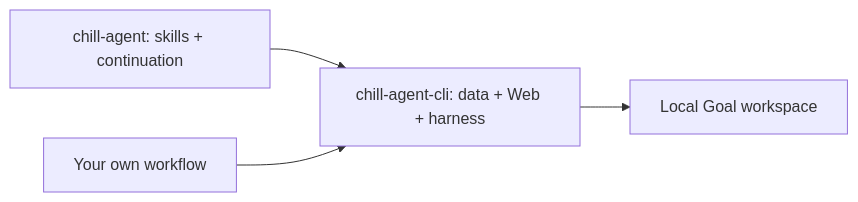
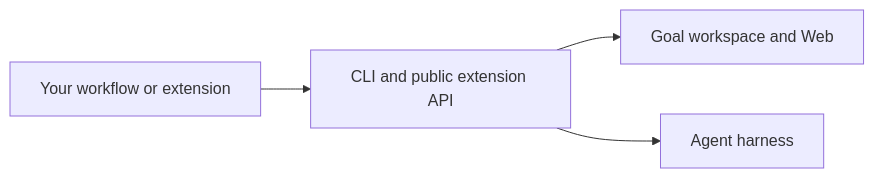
One commit to game-dev-rta-club/chill-agent-cli changed the diagram in README.md. Above: the diagram before and after it, drawn with Mermaid. The commit also changed other lines of this file and 1 other file, not shown here.

Commit message:
docs: make CLI README the integration entry point (#1)

````diff
--- a/README.md
+++ b/README.md
@@ -32,6 +18,6 @@
 ```mermaid
 flowchart LR
-    A[chill-agent: skills + continuation] --> B[chill-agent-cli: data + Web + harness]
-    C[Your own workflow] --> B
-    B --> D[Local Goal workspace]
+    A[Your workflow or extension] --> B[CLI and public extension API]
+    B --> C[Goal workspace and Web]
+    B --> D[Agent harness]
 ```
````
